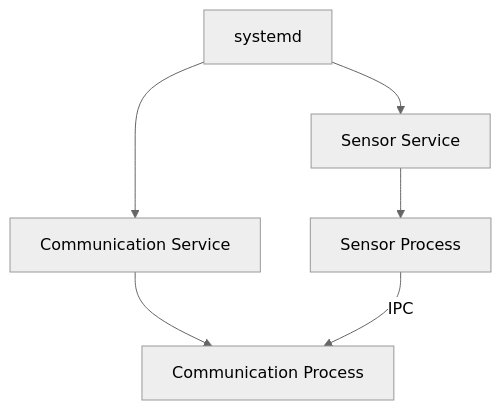
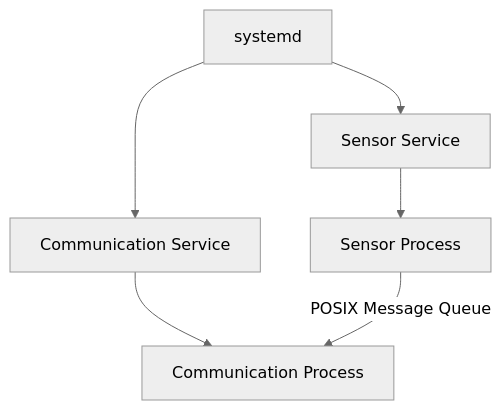
One commit to yujimasuda77777/Raspberry_Pi_4B_Edge_IoT_System changed the seventh of 15 diagrams in docs/04_data_ipc_communication.md. Above: the diagram before and after it, drawn with Mermaid (neutral theme). The commit also changed other lines of this file and 1 other file, not shown here.

````diff
--- a/docs/04_data_ipc_communication.md
+++ b/docs/04_data_ipc_communication.md
@@ -397,18 +402,18 @@
 ```mermaid
 flowchart TB
     Systemd["systemd"]
 
     SensorService["Sensor Service"]
     CommService["Communication Service"]
 
     SensorProcess["Sensor Process"]
     CommProcess["Communication Process"]
 
     Systemd --> SensorService
     Systemd --> CommService
 
     SensorService --> SensorProcess
     CommService --> CommProcess
 
-    SensorProcess -->|IPC| CommProcess
+    SensorProcess -->|POSIX Message Queue| CommProcess
 ```
````
